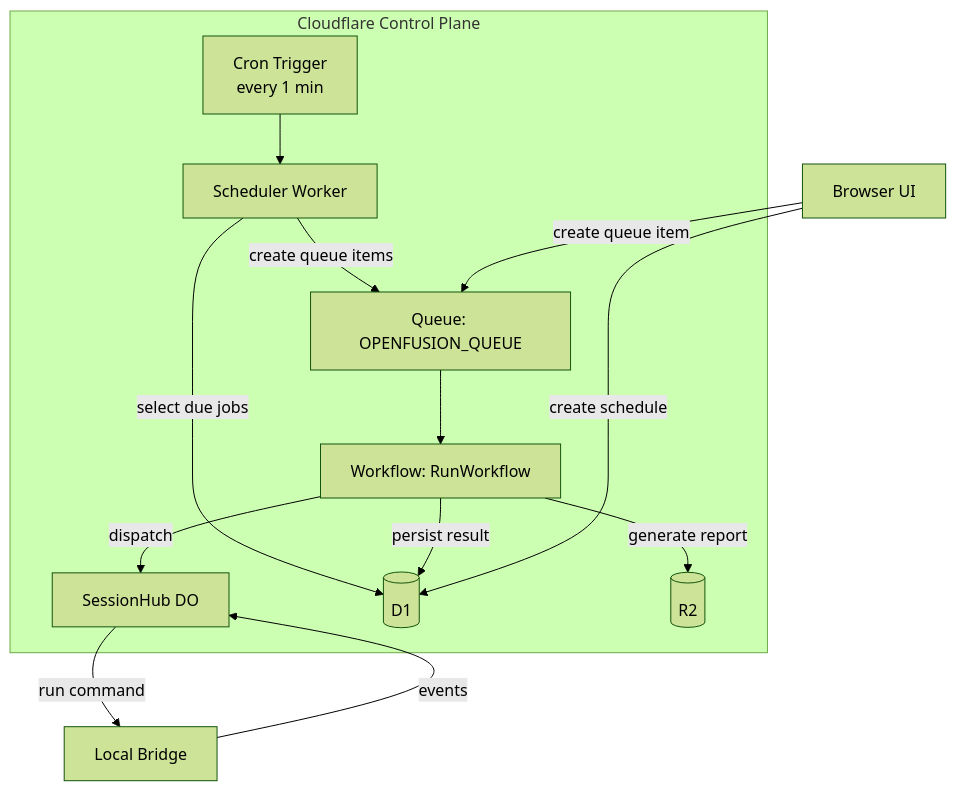
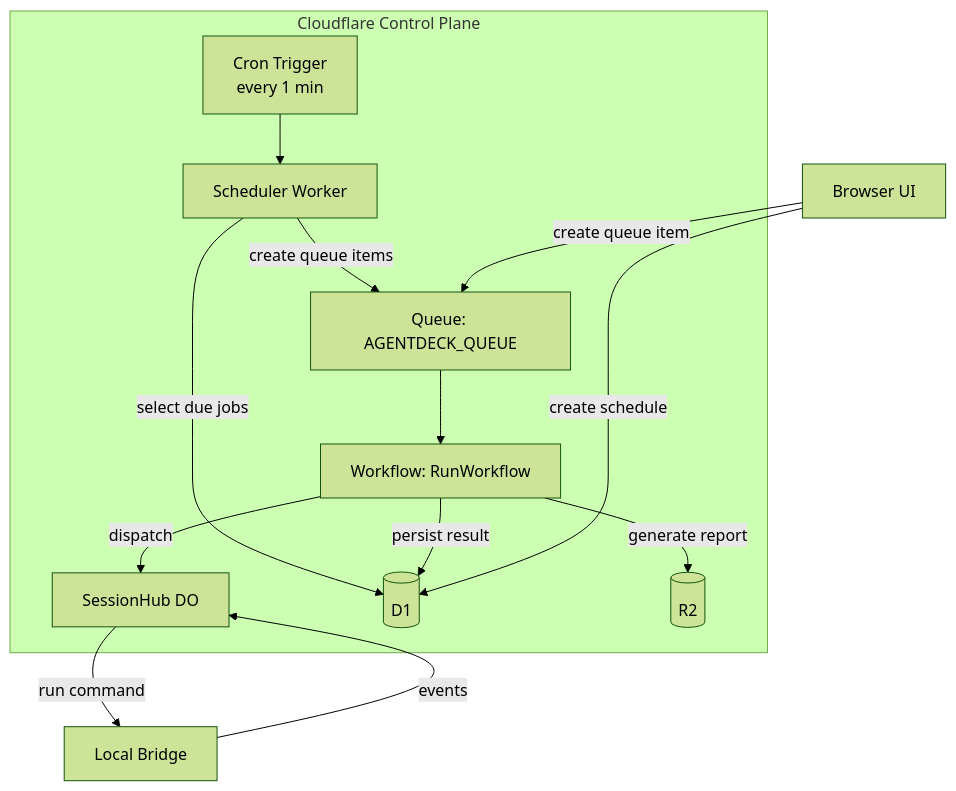
The first of 2 diagrams in Docs/PHASES/PHASE_08_QUEUE_SCHEDULES.md (itsVijayCoder/agentDeck), drawn with Mermaid (forest theme) before and after one commit. The commit also changed other lines of this file and 86 other files, not shown here.

````diff
--- a/Docs/PHASES/PHASE_08_QUEUE_SCHEDULES.md
+++ b/Docs/PHASES/PHASE_08_QUEUE_SCHEDULES.md
@@ -37,28 +37,28 @@
 ```mermaid
 flowchart TB
   subgraph Cloudflare[Cloudflare Control Plane]
     Cron[Cron Trigger<br/>every 1 min]
     Sched[Scheduler Worker]
-    Q[Queue: OPENFUSION_QUEUE]
+    Q[Queue: AGENTDECK_QUEUE]
     WF[Workflow: RunWorkflow]
     DO[SessionHub DO]
     D1[(D1)]
     R2[(R2)]
   end
 
   Bridge[Local Bridge]
   UI[Browser UI]
 
   Cron --> Sched
   Sched -->|select due jobs| D1
   Sched -->|create queue items| Q
   Q --> WF
   WF -->|dispatch| DO
   DO -->|run command| Bridge
   Bridge -->|events| DO
   WF -->|persist result| D1
   WF -->|generate report| R2
 
   UI -->|create queue item| Q
   UI -->|create schedule| D1
 ```
````
